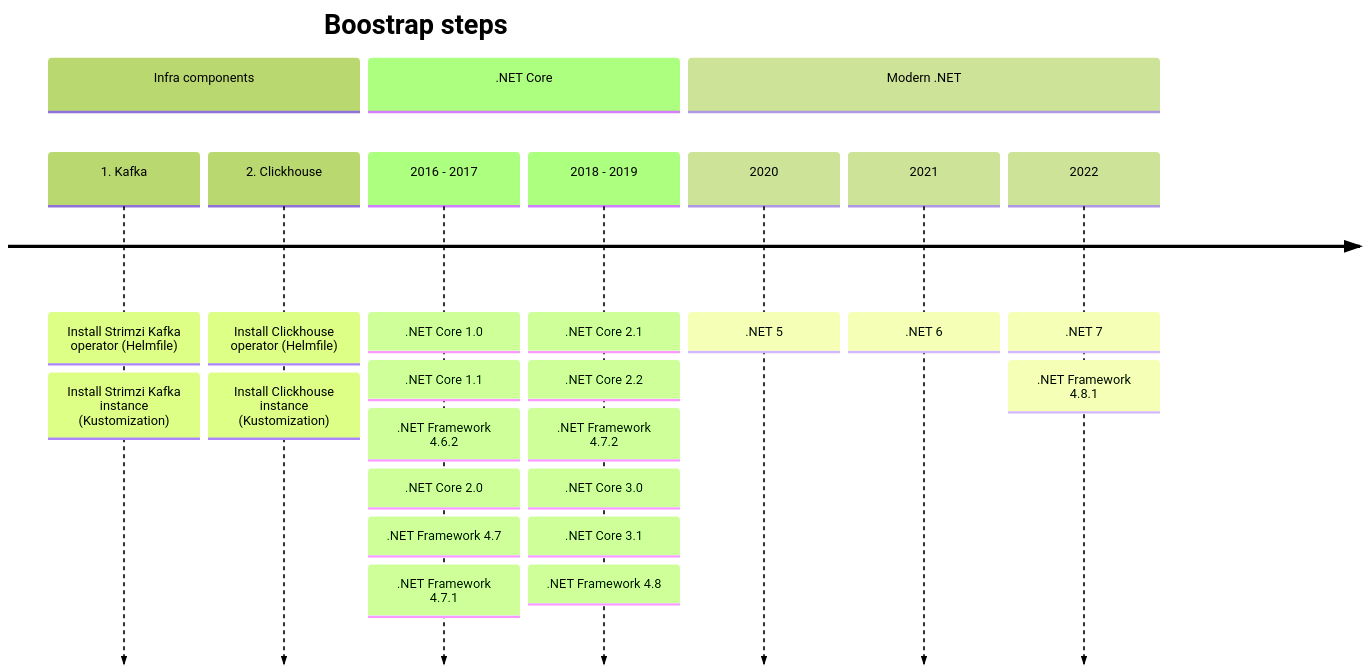
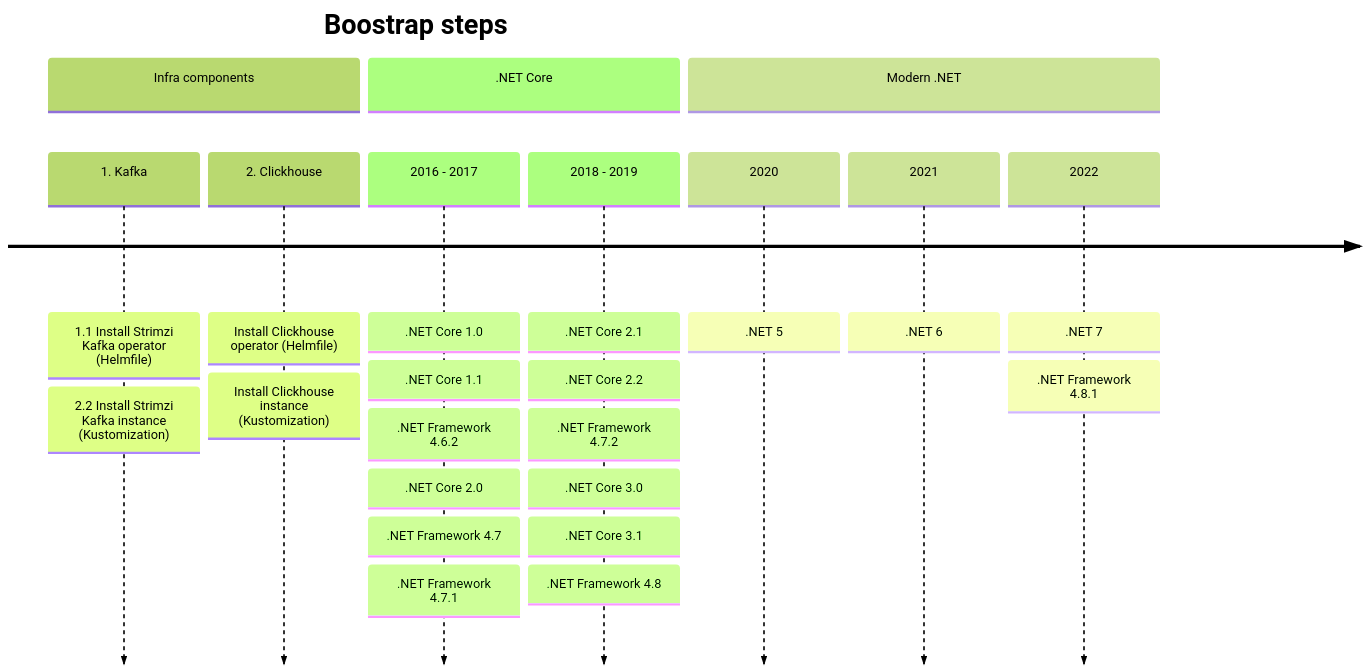
The diagram in README.md (Real-World-ML/glassflow-demo), drawn with Mermaid (forest theme) before and after one commit.

Commit message:
README updates

````diff
--- a/README.md
+++ b/README.md
@@ -5,32 +5,32 @@
 ```mermaid
 
 timeline
     title Boostrap steps
     section Infra components
         1. Kafka
-             : Install Strimzi Kafka operator (Helmfile)
-             : Install Strimzi Kafka instance (Kustomization)
+             : 1.1 Install Strimzi Kafka operator (Helmfile)
+             : 2.2 Install Strimzi Kafka instance (Kustomization)
         2. Clickhouse
              : Install Clickhouse operator (Helmfile)
              : Install Clickhouse instance (Kustomization)
     section .NET Core
         2016 - 2017 
              : .NET Core 1.0
              : .NET Core 1.1
              : .NET Framework 4.6.2
              : .NET Core 2.0
              : .NET Framework 4.7
              : .NET Framework 4.7.1
         2018 - 2019 
              : .NET Core 2.1
              : .NET Core 2.2
              : .NET Framework 4.7.2             
              : .NET Core 3.0
              : .NET Core 3.1
              : .NET Framework 4.8
     section Modern .NET
         2020 : .NET 5
         2021 : .NET 6
         2022 : .NET 7
              : .NET Framework 4.8.1
 ```
````
